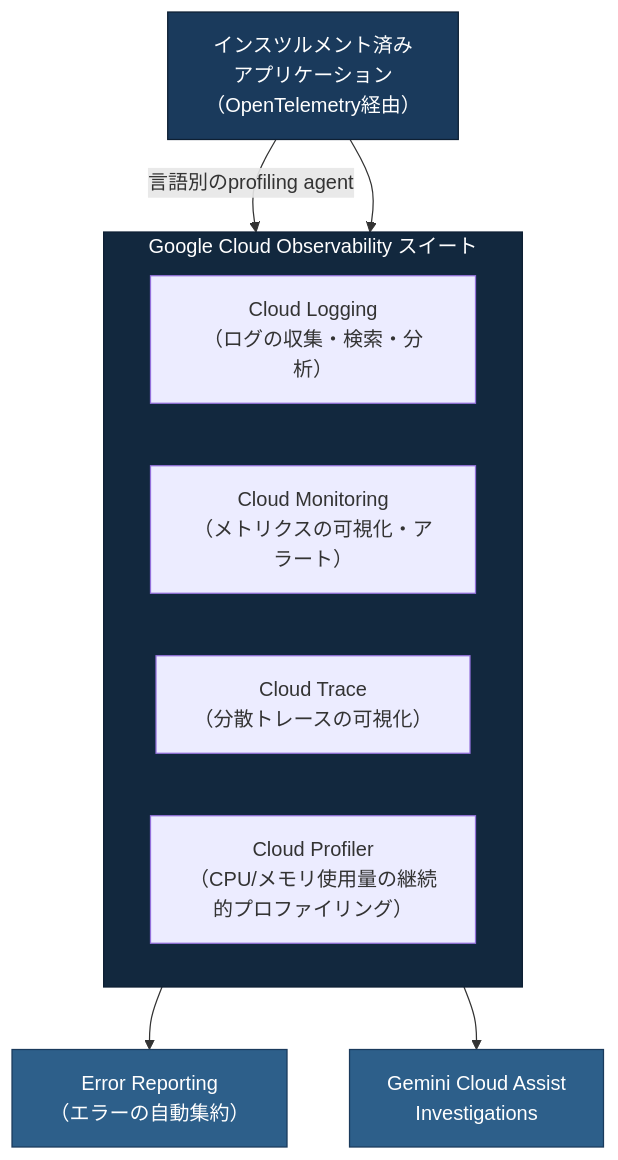
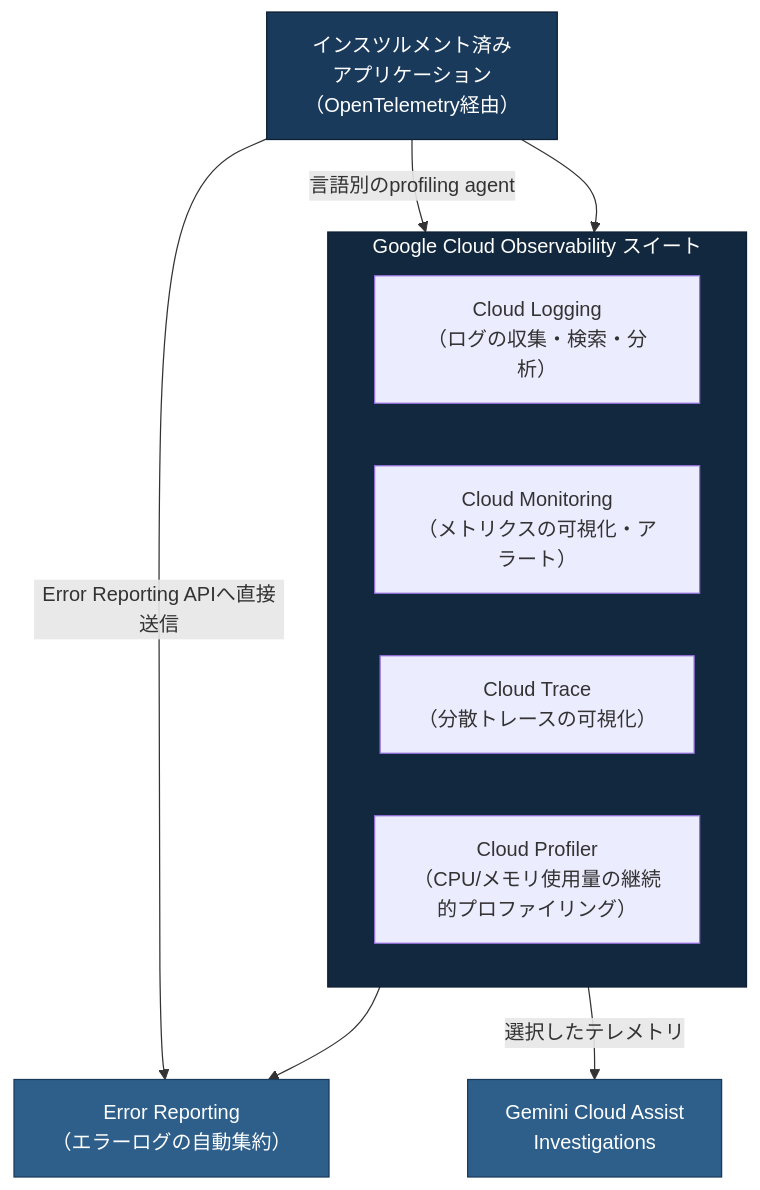
Before and after one commit to myoshi2891/Cloud-Infrastructure-Studies: diagram 12 of 15 in Gcp-professional-cloud-developer-section4.md, drawn with Mermaid. The commit also changed other lines of this file and 2 other files, not shown here.

````diff
--- a/Gcp-professional-cloud-developer-section4.md
+++ b/Gcp-professional-cloud-developer-section4.md
@@ -610,21 +623,22 @@
 ```mermaid
 flowchart TB
     subgraph Suite["Google Cloud Observability スイート"]
         direction LR
         Logging["Cloud Logging<br/>（ログの収集・検索・分析）"]
         Monitoring["Cloud Monitoring<br/>（メトリクスの可視化・アラート）"]
         Trace["Cloud Trace<br/>（分散トレースの可視化）"]
         Profiler["Cloud Profiler<br/>（CPU/メモリ使用量の継続的プロファイリング）"]
     end
 
     App["インスツルメント済み<br/>アプリケーション<br/>（OpenTelemetry経由）"] --> Suite
     App -->|"言語別のprofiling agent"| Profiler
 
-    Suite --> ErrorRep["Error Reporting<br/>（エラーの自動集約）"]
-    Suite --> Gemini["Gemini Cloud Assist<br/>Investigations"]
+    Logging --> ErrorRep["Error Reporting<br/>（エラーログの自動集約）"]
+    App -->|"Error Reporting APIへ直接送信"| ErrorRep
+    Suite -->|"選択したテレメトリ"| Gemini["Gemini Cloud Assist<br/>Investigations"]
 
     style App fill:#1a3a5c,stroke:#0d1f33,color:#ffffff
     style Suite fill:#12283e,stroke:#0d1f33,color:#ffffff
     style ErrorRep fill:#2d5f8a,stroke:#1a3a5c,color:#ffffff
     style Gemini fill:#2d5f8a,stroke:#1a3a5c,color:#ffffff
 ```
````
